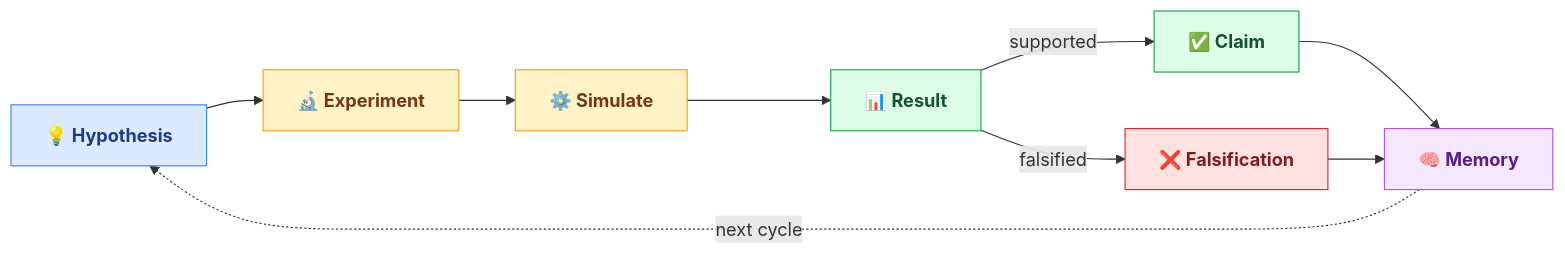
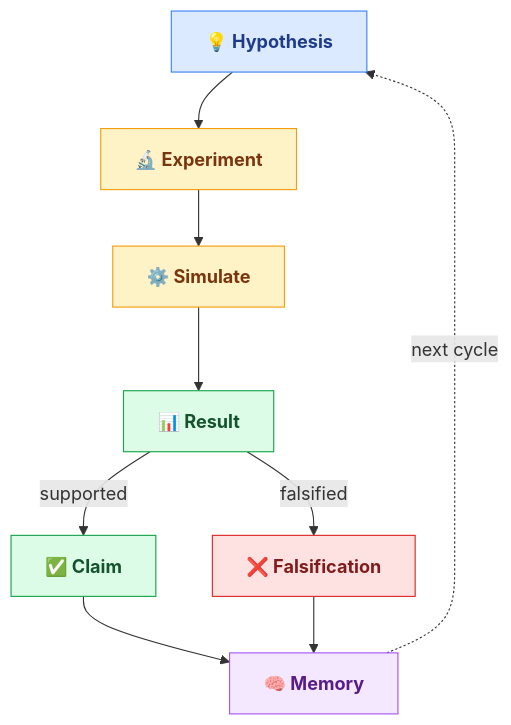
Before and after one commit to open-agent-science/autonomous-physics-lab: the first of 3 diagrams in README.md, drawn with Mermaid.

Commit message:
docs(task-0095): switch How APL Works to TD layout for square proportions
Vertical top-down flow: Hypothesis → Experiment → Simulate → Result,
then splits into Claim / Falsification, both converge into Memory,
loop back to Hypothesis. Removes wide flat LR stretch.

https://claude.ai/code/session_01PjxdjDSY2dGC76XBu3xavR

````diff
--- a/README.md
+++ b/README.md
@@ -13,14 +13,17 @@
 ```mermaid
-flowchart LR
+flowchart TD
     classDef hyp fill:#dbeafe,stroke:#3b82f6,color:#1e3a8a,font-weight:bold
     classDef exp fill:#fef3c7,stroke:#f59e0b,color:#78350f,font-weight:bold
     classDef res fill:#dcfce7,stroke:#16a34a,color:#14532d,font-weight:bold
     classDef bad fill:#fee2e2,stroke:#dc2626,color:#7f1d1d,font-weight:bold
     classDef mem fill:#f3e8ff,stroke:#a855f7,color:#581c87,font-weight:bold
 
-    H["💡 Hypothesis"]:::hyp --> E["🔬 Experiment"]:::exp --> S["⚙️ Simulate"]:::exp --> R["📊 Result"]:::res
+    H["💡 Hypothesis"]:::hyp
+    H --> E["🔬 Experiment"]:::exp
+    E --> S["⚙️ Simulate"]:::exp
+    S --> R["📊 Result"]:::res
     R -->|"supported"| C["✅ Claim"]:::res
     R -->|"falsified"| F["❌ Falsification"]:::bad
     C & F --> M["🧠 Memory"]:::mem
     M -.->|"next cycle"| H
 ```
````
